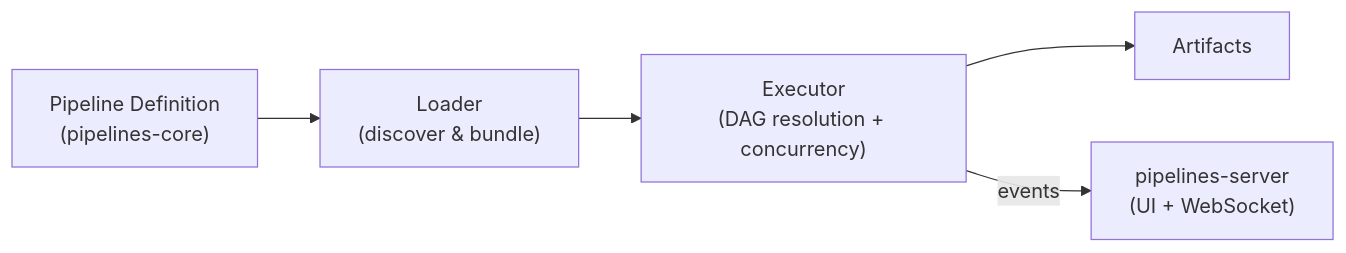
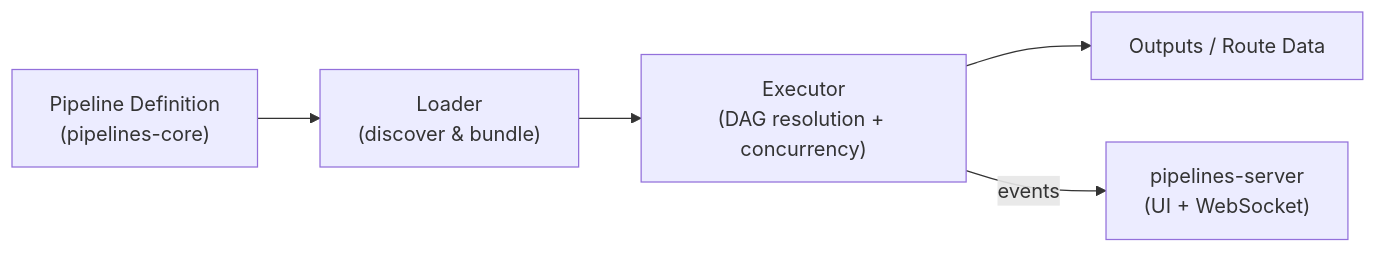
One commit to ucdjs/ucd changed the third of 3 diagrams in apps/docs/content/architecture/package-layers.mdx. Above: the diagram before and after it, drawn with Mermaid. The commit also changed other lines of this file and 19 other files, not shown here.

````diff
--- a/apps/docs/content/architecture/package-layers.mdx
+++ b/apps/docs/content/architecture/package-layers.mdx
@@ -119,7 +117,7 @@
 ```mermaid
 flowchart LR
   DEF["Pipeline Definition\n(pipelines-core)"] --> LDR["Loader\n(discover & bundle)"]
   LDR --> EXE["Executor\n(DAG resolution + concurrency)"]
-  EXE --> ART["Artifacts"]
+  EXE --> OUT["Outputs / Route Data"]
   EXE -->|"events"| SRV["pipelines-server\n(UI + WebSocket)"]
 ```
````
